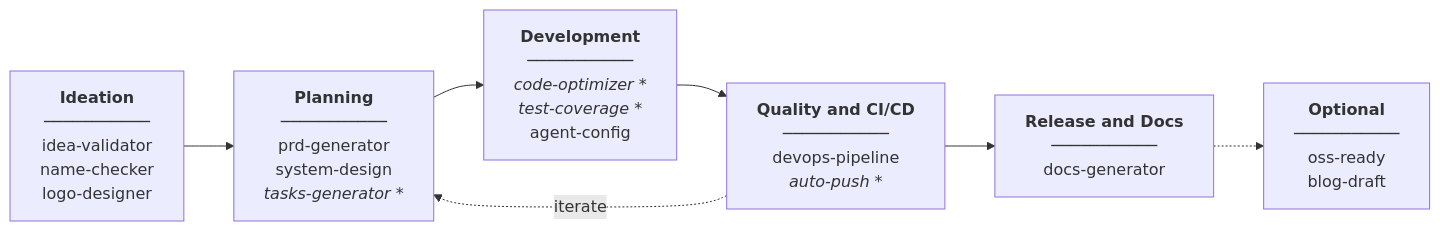
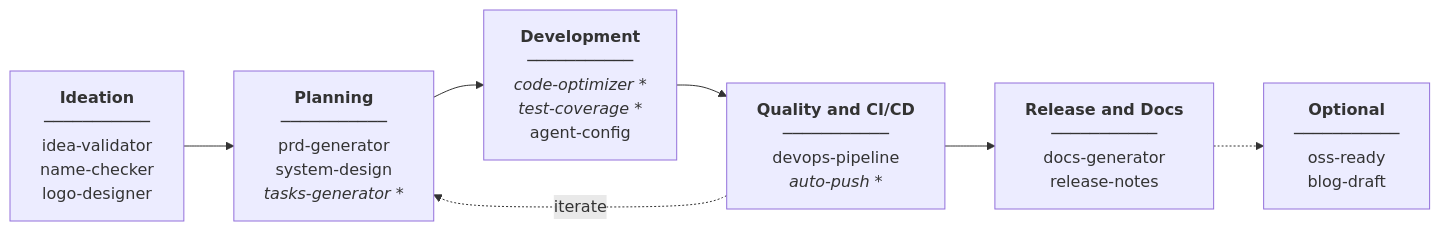
Before and after one commit to luongnv89/skills: the diagram in README.md, drawn with Mermaid. The commit also changed other lines of this file, not shown here.

Commit message:
docs: add release-notes skill to README

````diff
--- a/README.md
+++ b/README.md
@@ -37,16 +37,16 @@
 ```mermaid
 flowchart LR
     IDEATION["<b>Ideation</b><br/>───────────<br/>idea-validator<br/>name-checker<br/>logo-designer"]
     PLANNING["<b>Planning</b><br/>───────────<br/>prd-generator<br/>system-design<br/><i>tasks-generator *</i>"]
     DEVELOPMENT["<b>Development</b><br/>───────────<br/><i>code-optimizer *</i><br/><i>test-coverage *</i><br/>agent-config"]
     QUALITY["<b>Quality and CI/CD</b><br/>───────────<br/>devops-pipeline<br/><i>auto-push *</i>"]
-    RELEASE["<b>Release and Docs</b><br/>───────────<br/>docs-generator"]
+    RELEASE["<b>Release and Docs</b><br/>───────────<br/>docs-generator<br/>release-notes"]
     OPTIONAL["<b>Optional</b><br/>───────────<br/>oss-ready<br/>blog-draft"]
 
     IDEATION --> PLANNING
     PLANNING --> DEVELOPMENT
     DEVELOPMENT --> QUALITY
     QUALITY --> RELEASE
     QUALITY -.->|iterate| PLANNING
     RELEASE -.-> OPTIONAL
 ```
````
